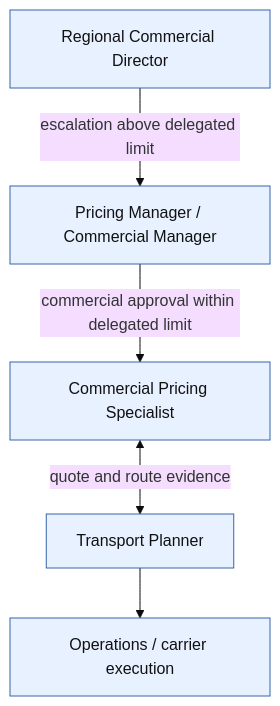
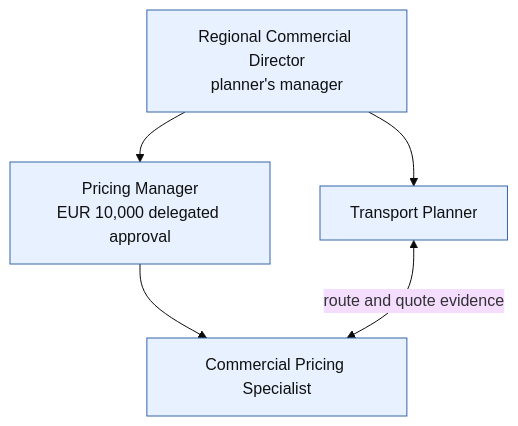
The first of 9 diagrams in docs/story/agentically-enhanced-job-example.md (cprima-playground/cpm-eaop-showcase-logistics-rfq), drawn with Mermaid (base theme) before and after one commit. The commit also changed other lines of this file, not shown here.

Commit message:
docs(story): baseline transport planner narrative

````diff
--- a/docs/story/agentically-enhanced-job-example.md
+++ b/docs/story/agentically-enhanced-job-example.md
@@ -42,21 +43,15 @@
 ```mermaid
 flowchart TD
-    director[Regional Commercial Director]
-    manager[Pricing Manager / Commercial Manager]
+    manager[Regional Commercial Director<br/>planner's manager]
+    planner[Transport Planner]
+    pricing[Pricing Manager<br/>EUR 10,000 delegated approval]
     specialist[Commercial Pricing Specialist]
-    planner[Transport Planner]
-    operations[Operations / carrier execution]
 
-    director -->|escalation above delegated limit| manager
-    manager -->|commercial approval within delegated limit| specialist
-    specialist <-->|quote and route evidence| planner
-    planner --> operations
+    manager --> planner
+    manager --> pricing
+    pricing --> specialist
+    planner <-->|route and quote evidence| specialist
 
     classDef human fill:#e8f1ff,stroke:#3566a8,color:#111;
-    classDef agent fill:#eaf7ea,stroke:#3b7d3b,color:#111;
-    classDef system fill:#fff4d6,stroke:#a87800,color:#111;
-    classDef decision fill:#f5eaff,stroke:#7542a5,color:#111,font-size:10px;
-    classDef event fill:#ffffff,stroke:#666666,color:#111,font-size:10px;
-    class start,no_lane,finish event;
-    class director,manager,specialist,planner,operations human;
+    class manager,planner,pricing,specialist human;
 ```
````
